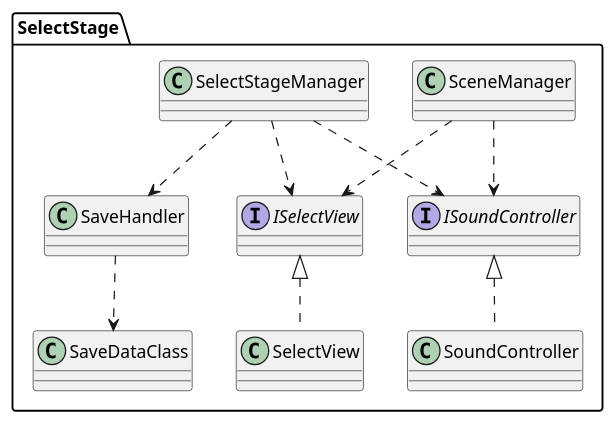
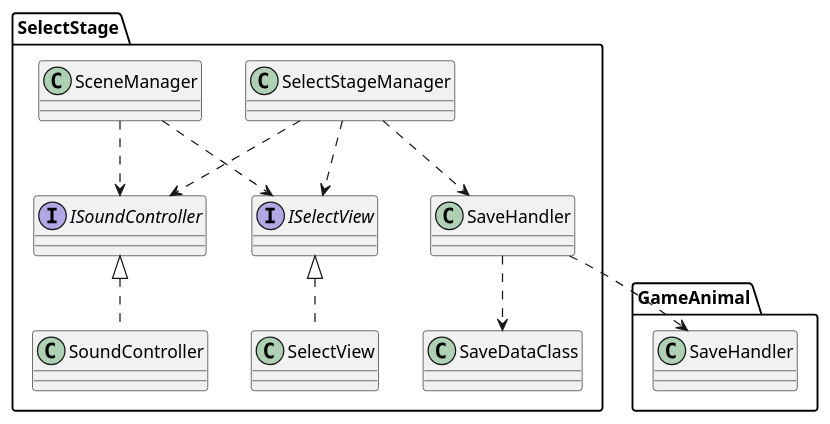
One commit to RiseManagement/SlimeCatch changed the diagram in Assets/_SlimeCatch/Docs/SelectStage.puml. Above: the diagram before and after it, drawn with PlantUML. The commit also changed 2 other files, not shown here.

Commit message:
document クラス図のとりあえずの完成

```diff
--- a/Assets/_SlimeCatch/Docs/SelectStage.puml
+++ b/Assets/_SlimeCatch/Docs/SelectStage.puml
@@ -1,32 +1,38 @@
 @startuml
 'https://plantuml.com/class-diagram
 
 namespace SelectStage{
     class SaveDataClass
     class SaveHandler
     
     class SelectView
     interface ISelectView
     
     class SoundController
     interface ISoundController
     
     class SceneManager
     
     class SelectStageManager
     
     ISelectView <|.. SelectView
     SaveHandler ..> SaveDataClass
     
     ISoundController <|.. SoundController
         
     SelectStageManager ..> ISelectView
     SelectStageManager ..> SaveHandler
     SelectStageManager ..> ISoundController
     
     SceneManager ..> ISoundController
     SceneManager ..> ISelectView
     
 }
 
+SelectStage.SaveHandler ..> GameAnimal.SaveHandler
+
+namespace GameAnimal{
+    class SaveHandler
+}
+
 @enduml
```
